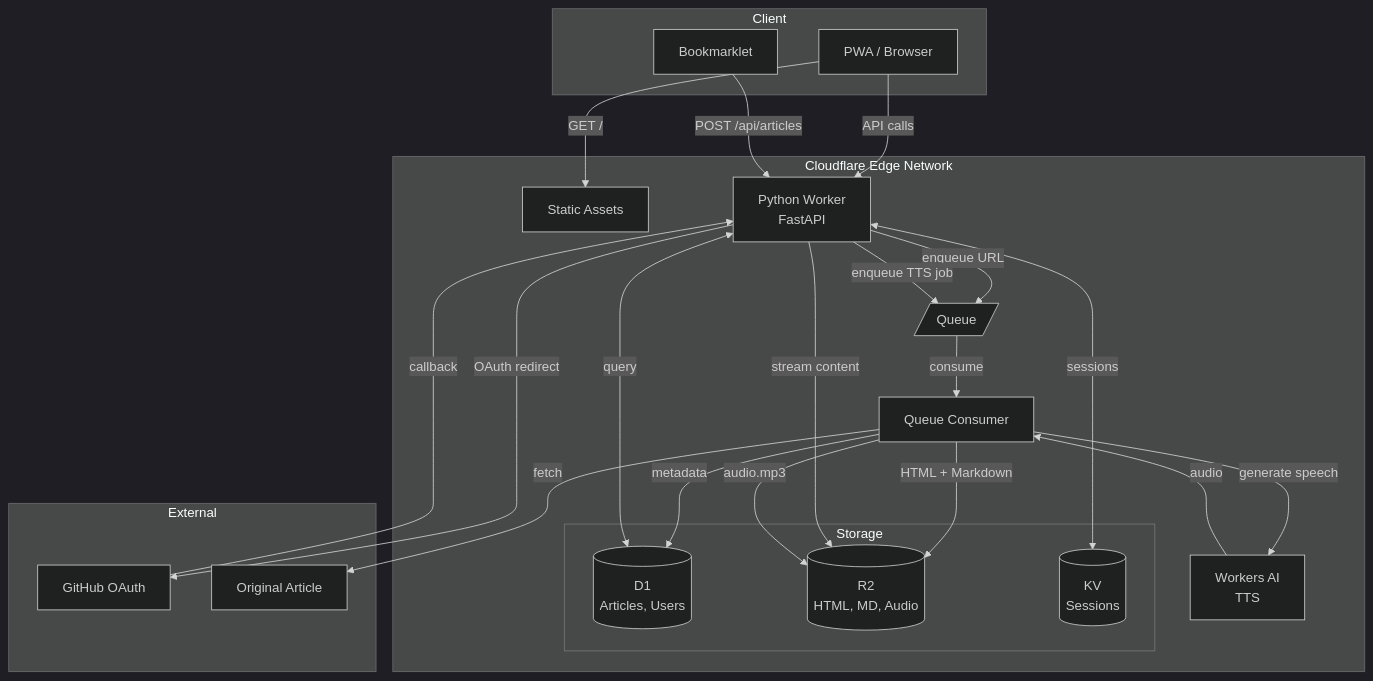
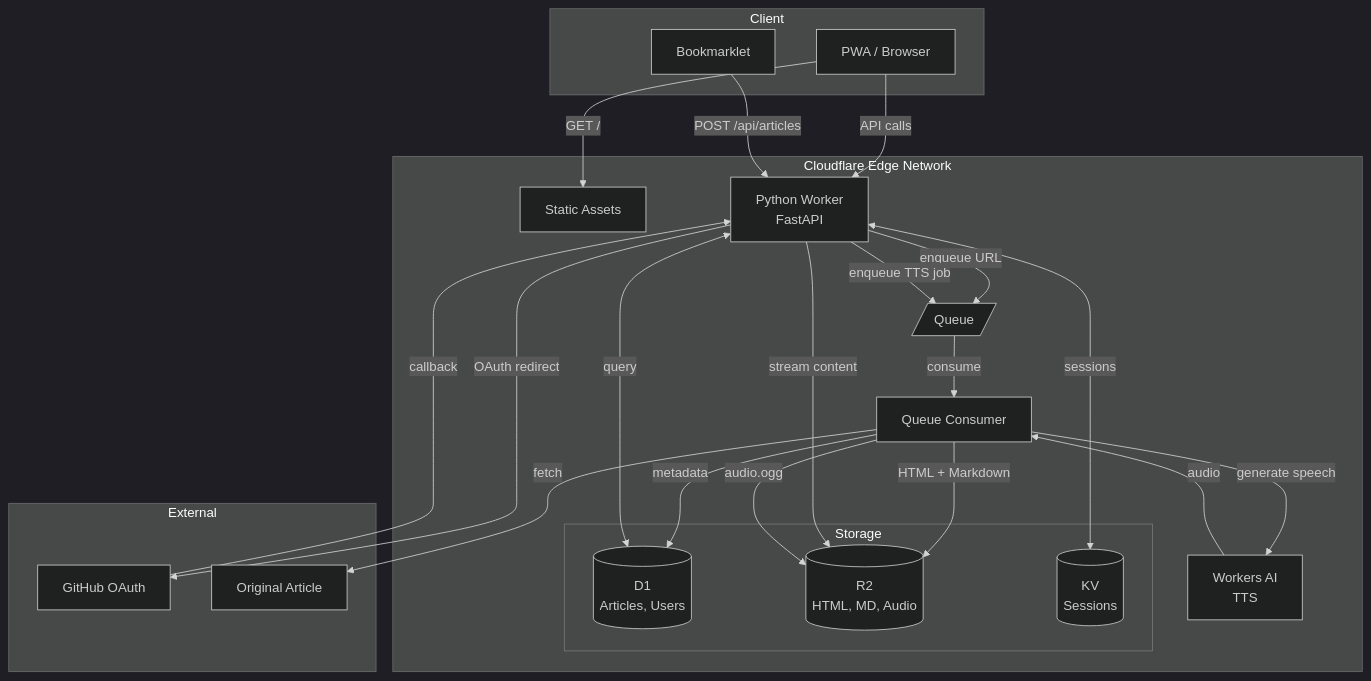
The diagram in specs/tasche-spec.md (adewale/tasche), drawn with Mermaid (dark theme) before and after one commit. The commit also changed other lines of this file and 76 other files, not shown here.

````diff
--- a/specs/tasche-spec.md
+++ b/specs/tasche-spec.md
@@ -686,54 +669,54 @@
 ```mermaid
 flowchart TB
     subgraph Client
         PWA[PWA / Browser]
         BM[Bookmarklet]
     end
 
     subgraph Edge["Cloudflare Edge Network"]
         SA[Static Assets]
         API[Python Worker<br/>FastAPI]
         QC[Queue Consumer]
         
         subgraph Storage
             D1[(D1<br/>Articles, Users)]
             R2[(R2<br/>HTML, MD, Audio)]
             KV[(KV<br/>Sessions)]
         end
         
         Q[/Queue/]
         AI[Workers AI<br/>TTS]
     end
 
     subgraph External
         GH[GitHub OAuth]
         WEB[Original Article]
     end
 
     %% Client flows
     PWA -->|GET /| SA
     PWA -->|API calls| API
     BM -->|POST /api/articles| API
 
     %% Auth flow
     API -->|OAuth redirect| GH
     GH -->|callback| API
     API <-->|sessions| KV
 
     %% Save article flow
     API -->|enqueue URL| Q
     Q -->|consume| QC
     QC -->|fetch| WEB
     QC -->|metadata| D1
     QC -->|HTML + Markdown| R2
 
     %% Read flow
     API <-->|query| D1
     API -->|stream content| R2
 
     %% Listen Later flow
     API -->|enqueue TTS job| Q
     QC -->|generate speech| AI
     AI -->|audio| QC
-    QC -->|audio.mp3| R2
+    QC -->|audio.ogg| R2
 ```
````
